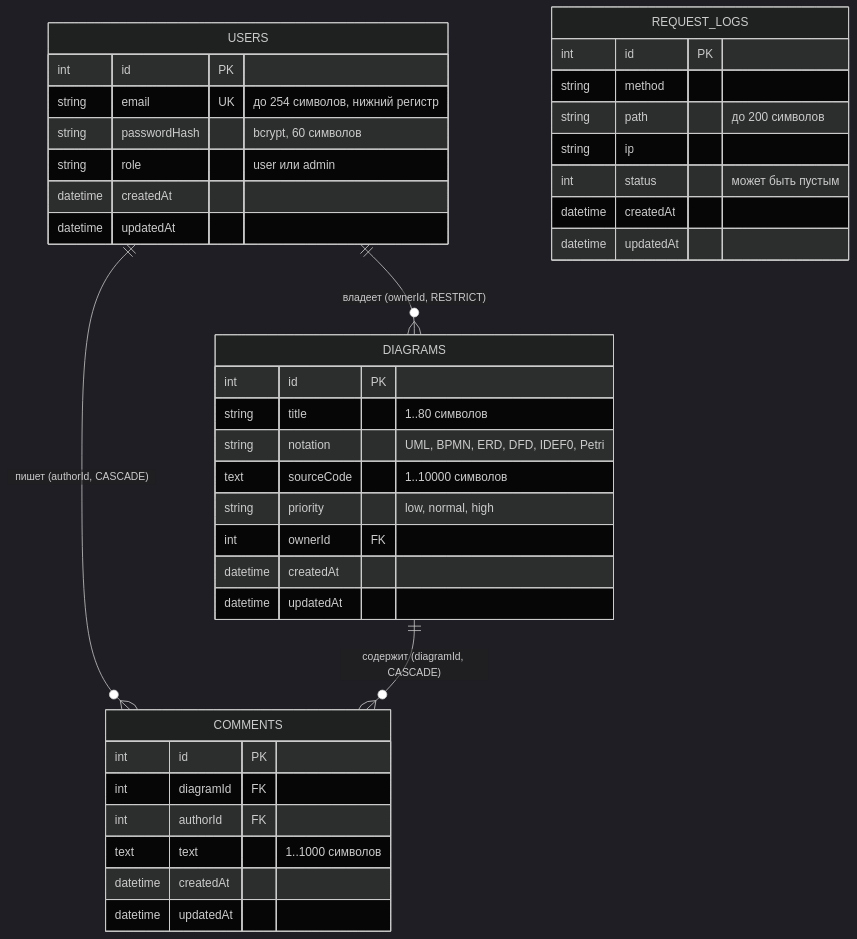
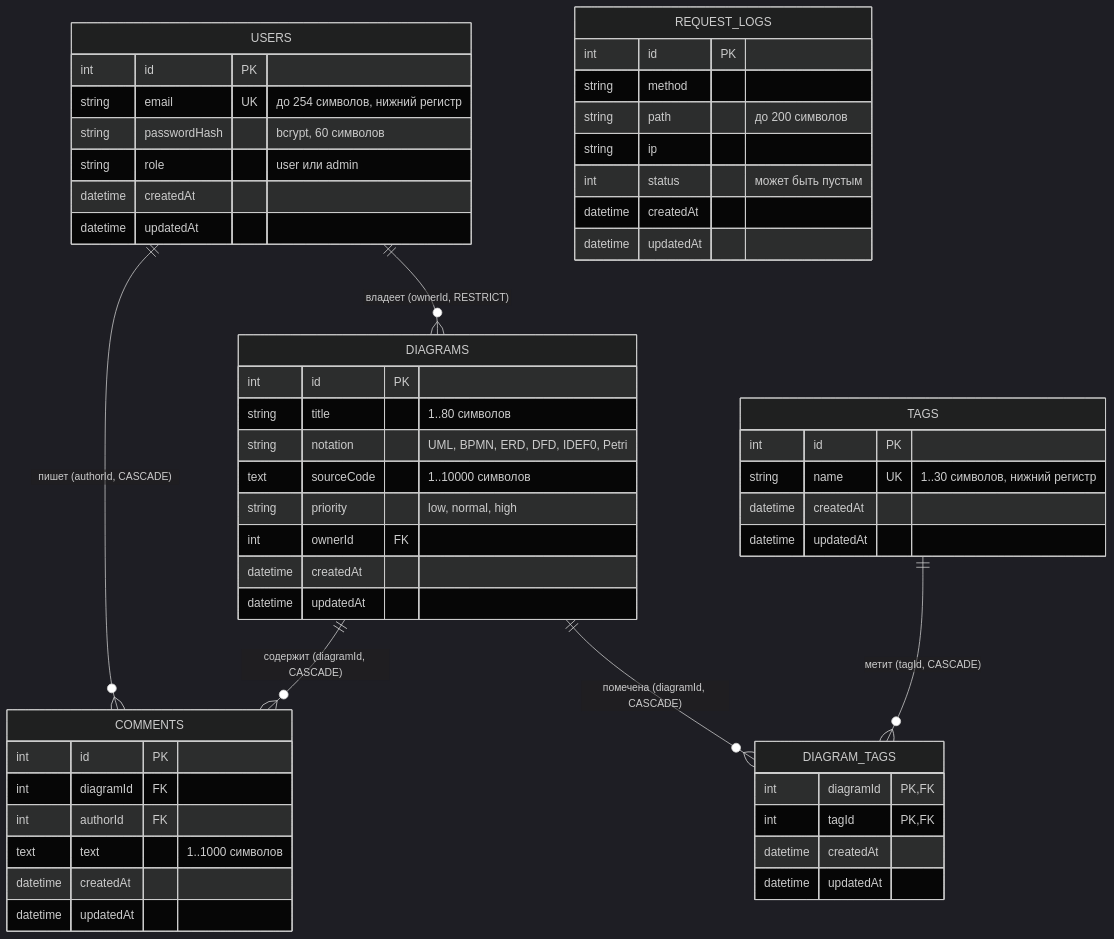
Before and after one commit to KsushaKhadzhinova/DSLKit-Project: the diagram in course-project/diagrams/er.mmd, drawn with Mermaid (dark theme). The commit also changed 8 other files, not shown here.

Commit message:
docs(course): Tag as the fifth entity, React Router 7 and the new test numbers in the note, diagrams, defence cards and cheat sheet

```diff
--- a/course-project/diagrams/er.mmd
+++ b/course-project/diagrams/er.mmd
@@ -1,43 +1,59 @@
 erDiagram
   USERS ||--o{ DIAGRAMS : "владеет (ownerId, RESTRICT)"
   USERS ||--o{ COMMENTS : "пишет (authorId, CASCADE)"
   DIAGRAMS ||--o{ COMMENTS : "содержит (diagramId, CASCADE)"
+  DIAGRAMS ||--o{ DIAGRAM_TAGS : "помечена (diagramId, CASCADE)"
+  TAGS ||--o{ DIAGRAM_TAGS : "метит (tagId, CASCADE)"
 
   USERS {
     int id PK
     string email UK "до 254 символов, нижний регистр"
     string passwordHash "bcrypt, 60 символов"
     string role "user или admin"
     datetime createdAt
     datetime updatedAt
   }
 
   DIAGRAMS {
     int id PK
     string title "1..80 символов"
     string notation "UML, BPMN, ERD, DFD, IDEF0, Petri"
     text sourceCode "1..10000 символов"
     string priority "low, normal, high"
     int ownerId FK
     datetime createdAt
     datetime updatedAt
   }
 
   COMMENTS {
     int id PK
     int diagramId FK
     int authorId FK
     text text "1..1000 символов"
     datetime createdAt
     datetime updatedAt
   }
 
+  TAGS {
+    int id PK
+    string name UK "1..30 символов, нижний регистр"
+    datetime createdAt
+    datetime updatedAt
+  }
+
+  DIAGRAM_TAGS {
+    int diagramId PK, FK
+    int tagId PK, FK
+    datetime createdAt
+    datetime updatedAt
+  }
+
   REQUEST_LOGS {
     int id PK
     string method
     string path "до 200 символов"
     string ip
     int status "может быть пустым"
     datetime createdAt
     datetime updatedAt
   }
```
